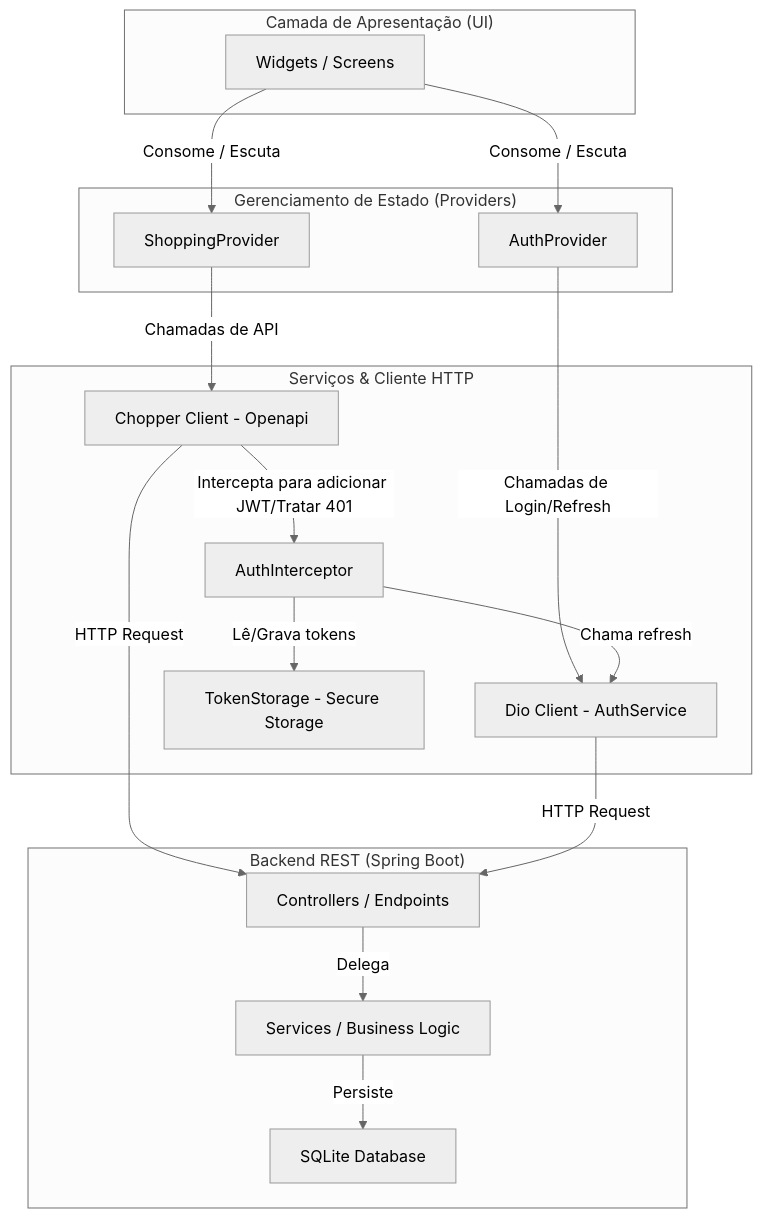
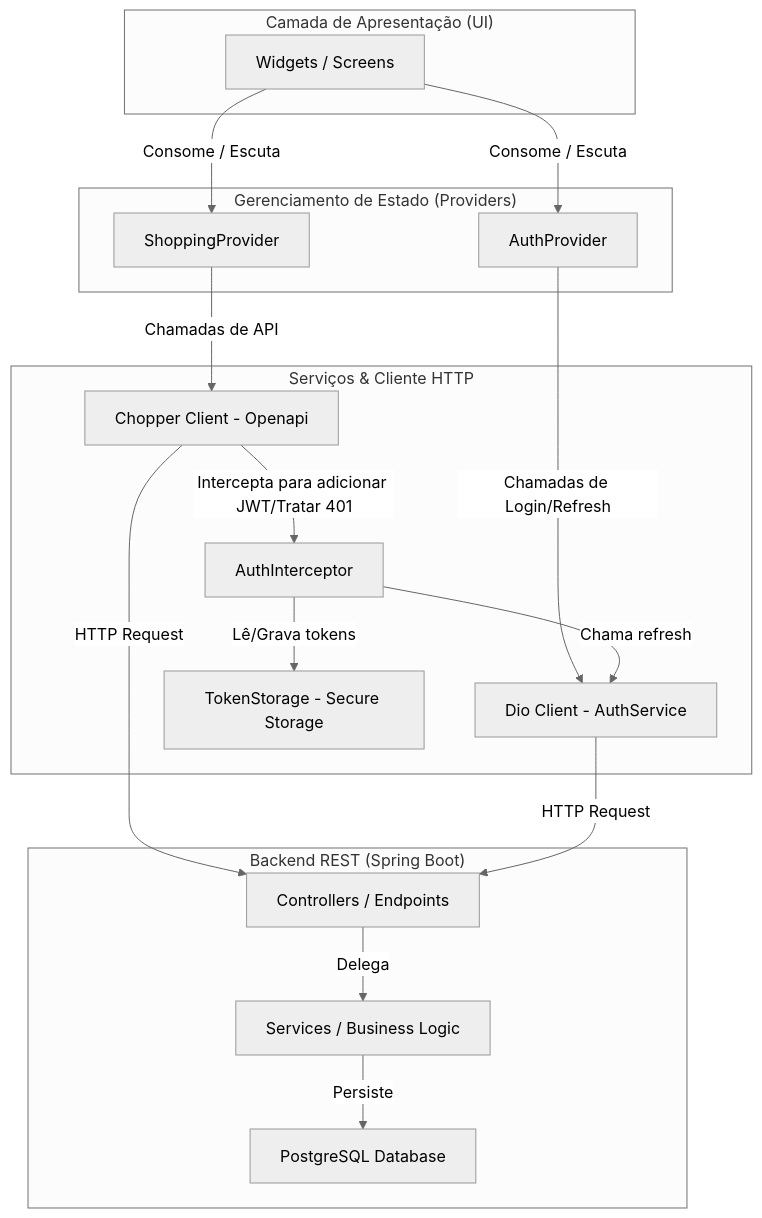
One commit to UllyMachado/lista-compras-backend changed the first of 2 diagrams in ARCHITECTURE.md. Above: the diagram before and after it, drawn with Mermaid (neutral theme). The commit also changed other lines of this file and 4 other files, not shown here.

Commit message:
refactor: migrate database persistence from SQLite to PostgreSQL and configure application properties

````diff
--- a/ARCHITECTURE.md
+++ b/ARCHITECTURE.md
@@ -11,33 +11,33 @@
 ```mermaid
 graph TD
     subgraph UI ["Camada de Apresentação (UI)"]
         A[Widgets / Screens]
     end
     subgraph Providers ["Gerenciamento de Estado (Providers)"]
         B[ShoppingProvider]
         C[AuthProvider]
     end
     subgraph Services ["Serviços & Cliente HTTP"]
         D[Chopper Client - Openapi]
         E[Dio Client - AuthService]
         F[AuthInterceptor]
         G[TokenStorage - Secure Storage]
     end
     subgraph Backend ["Backend REST (Spring Boot)"]
         H[Controllers / Endpoints]
         I[Services / Business Logic]
-        J[SQLite Database]
+        J[PostgreSQL Database]
     end
 
     A -->|Consome / Escuta| B
     A -->|Consome / Escuta| C
     B -->|Chamadas de API| D
     C -->|Chamadas de Login/Refresh| E
     D -->|Intercepta para adicionar JWT/Tratar 401| F
     F -->|Lê/Grava tokens| G
     F -->|Chama refresh| E
     D -->|HTTP Request| H
     E -->|HTTP Request| H
     H -->|Delega| I
     I -->|Persiste| J
 ```
````
